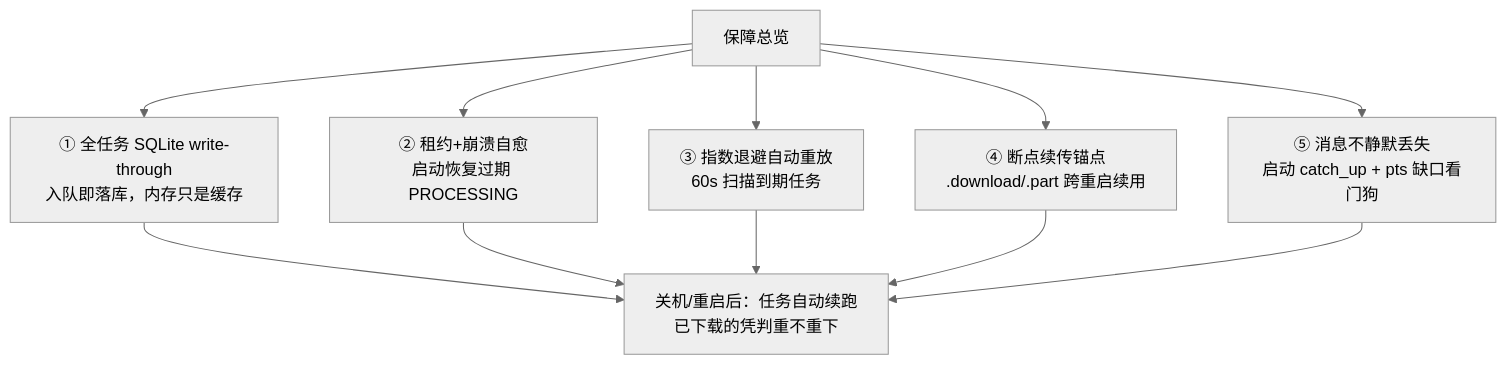
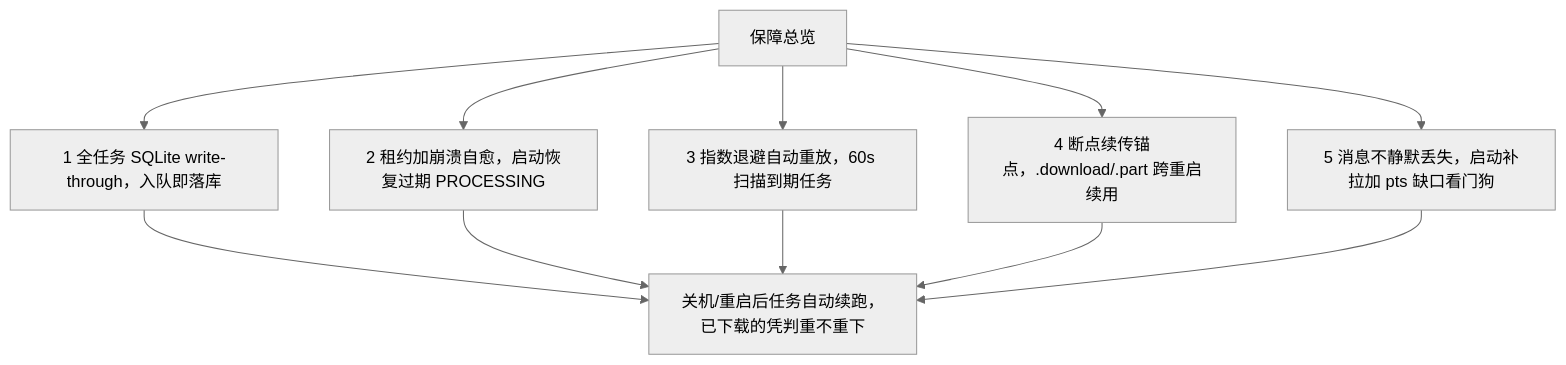
Before and after one commit to Hoiyook/tg_userbot: the eighth of 9 diagrams in docs/下载链路操作指引.md, drawn with Mermaid (neutral theme). The commit also changed other lines of this file, not shown here.

Commit message:
文档：操作指引全部 mermaid 重写为最大兼容写法（消灭纯数字节点ID、梯形斜杠开头、stateDiagram 的 br、& 多源连线、序列图别名括号——低版本解析器报 Error parsing Mermaid diagram 的根类）

````diff
--- a/docs/下载链路操作指引.md
+++ b/docs/下载链路操作指引.md
@@ -237,9 +243,13 @@
 ```mermaid
 flowchart TD
-    A[保障总览] --> B[① 全任务 SQLite write-through<br/>入队即落库，内存只是缓存]
-    A --> C[② 租约+崩溃自愈<br/>启动恢复过期 PROCESSING]
-    A --> D[③ 指数退避自动重放<br/>60s 扫描到期任务]
-    A --> E[④ 断点续传锚点<br/>.download/.part 跨重启续用]
-    A --> F[⑤ 消息不静默丢失<br/>启动 catch_up + pts 缺口看门狗]
-    B & C & D & E & F --> G[关机/重启后：任务自动续跑<br/>已下载的凭判重不重下]
+    A["保障总览"] --> B["1 全任务 SQLite write-through，入队即落库"]
+    A --> C["2 租约加崩溃自愈，启动恢复过期 PROCESSING"]
+    A --> D["3 指数退避自动重放，60s 扫描到期任务"]
+    A --> E["4 断点续传锚点，.download/.part 跨重启续用"]
+    A --> F["5 消息不静默丢失，启动补拉加 pts 缺口看门狗"]
+    B --> G["关机/重启后任务自动续跑，已下载的凭判重不重下"]
+    C --> G
+    D --> G
+    E --> G
+    F --> G
 ```
````
